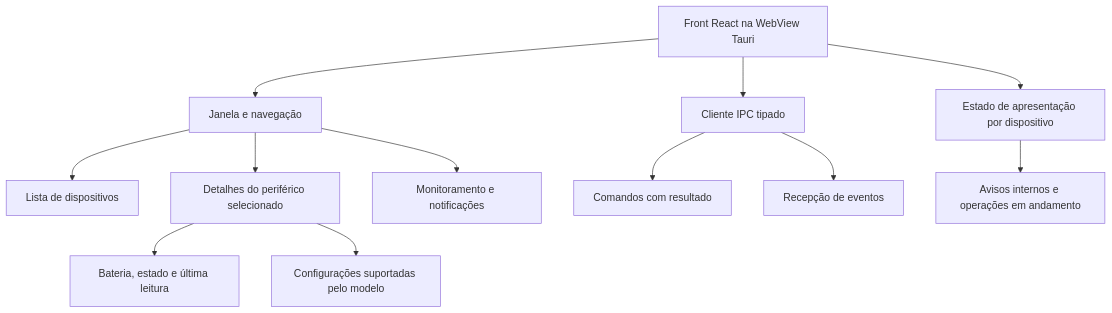
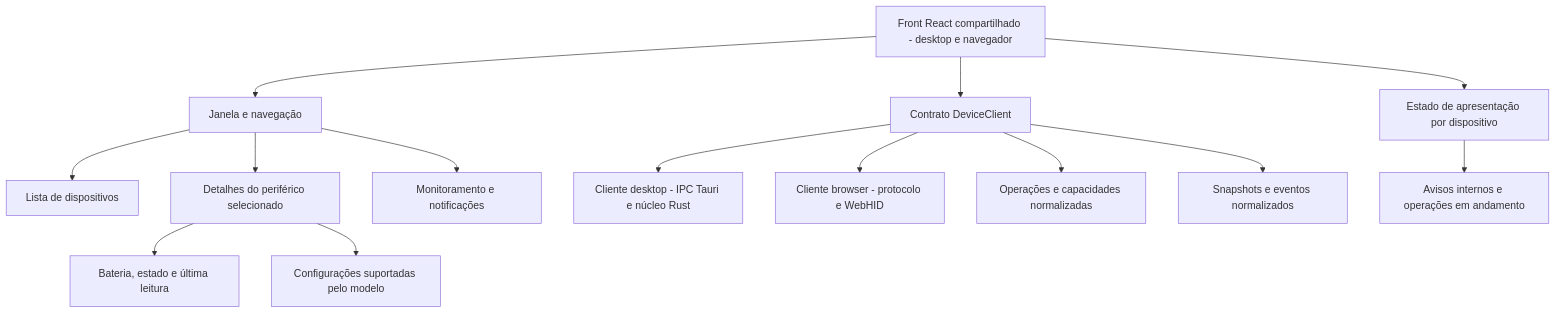
The first of 4 diagrams in docs/arquitetura-front.md (gdsantana/kmh-project), drawn with Mermaid before and after one commit. The commit also changed other lines of this file and 3 other files, not shown here.

Commit message:
docs: plan shared frontend for desktop and browser

````diff
--- a/docs/arquitetura-front.md
+++ b/docs/arquitetura-front.md
@@ -9,15 +11,17 @@
 ```mermaid
 flowchart TB
-    Front["Front React na WebView Tauri"]
+    Front["Front React compartilhado - desktop e navegador"]
     Front --> Shell["Janela e navegação"]
     Shell --> List["Lista de dispositivos"]
     Shell --> Detail["Detalhes do periférico selecionado"]
     Detail --> State["Bateria, estado e última leitura"]
     Detail --> Config["Configurações suportadas pelo modelo"]
     Shell --> Preferences["Monitoramento e notificações"]
-    Front --> Client["Cliente IPC tipado"]
-    Client --> Commands["Comandos com resultado"]
-    Client --> Events["Recepção de eventos"]
+    Front --> Client["Contrato DeviceClient"]
+    Client --> Desktop["Cliente desktop - IPC Tauri e núcleo Rust"]
+    Client --> Browser["Cliente browser - protocolo e WebHID"]
+    Client --> Commands["Operações e capacidades normalizadas"]
+    Client --> Events["Snapshots e eventos normalizados"]
     Front --> Store["Estado de apresentação por dispositivo"]
     Store --> Feedback["Avisos internos e operações em andamento"]
 ```
````
